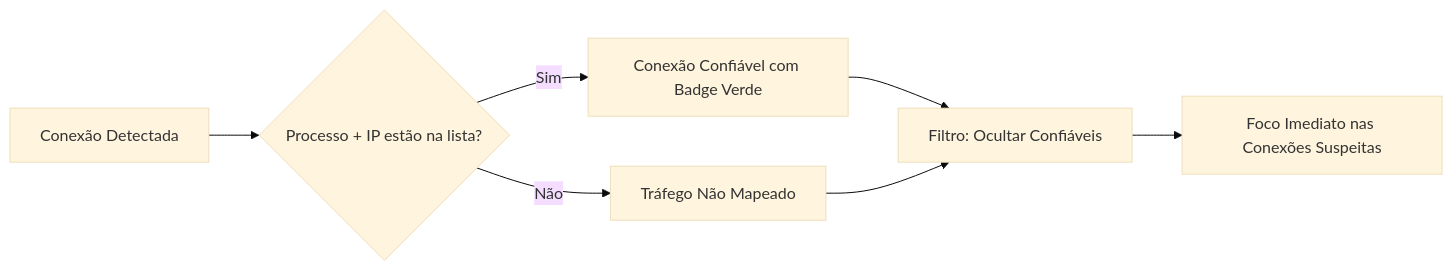
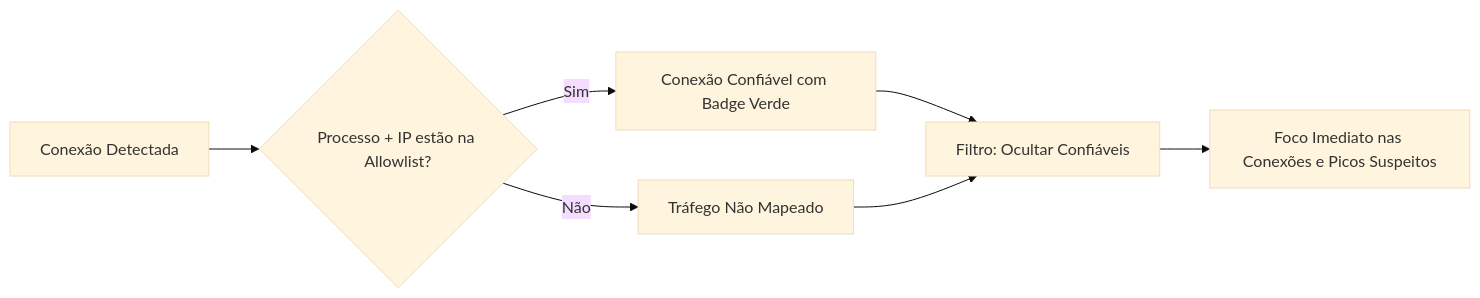
Before and after one commit to muriloai/NetStatAnalyzer: the first of 2 diagrams in README.md, drawn with Mermaid (base theme). The commit also changed other lines of this file and 26 other files, not shown here.

````diff
--- a/README.md
+++ b/README.md
@@ -53,10 +105,10 @@
 ```mermaid
 flowchart LR
-    A[Conexão Detectada] --> B{Processo + IP estão na lista?}
+    A[Conexão Detectada] --> B{Processo + IP estão na Allowlist?}
     B -- Sim --> C[Conexão Confiável com Badge Verde]
     B -- Não --> D[Tráfego Não Mapeado]
     
     C --> E[Filtro: Ocultar Confiáveis]
     D --> E
-    E --> F[Foco Imediato nas Conexões Suspeitas]
+    E --> F[Foco Imediato nas Conexões e Picos Suspeitos]
 ```
````
